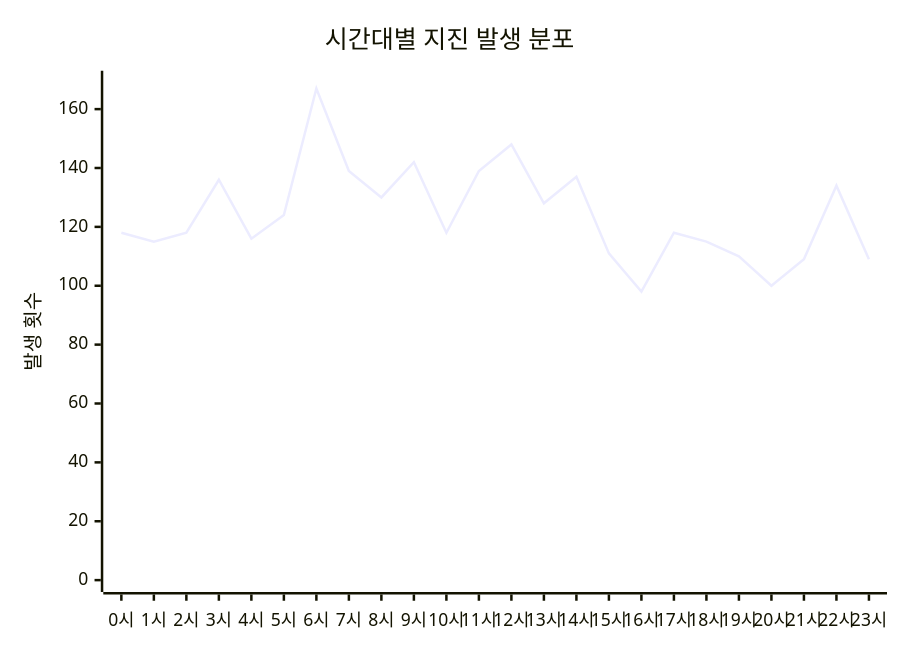
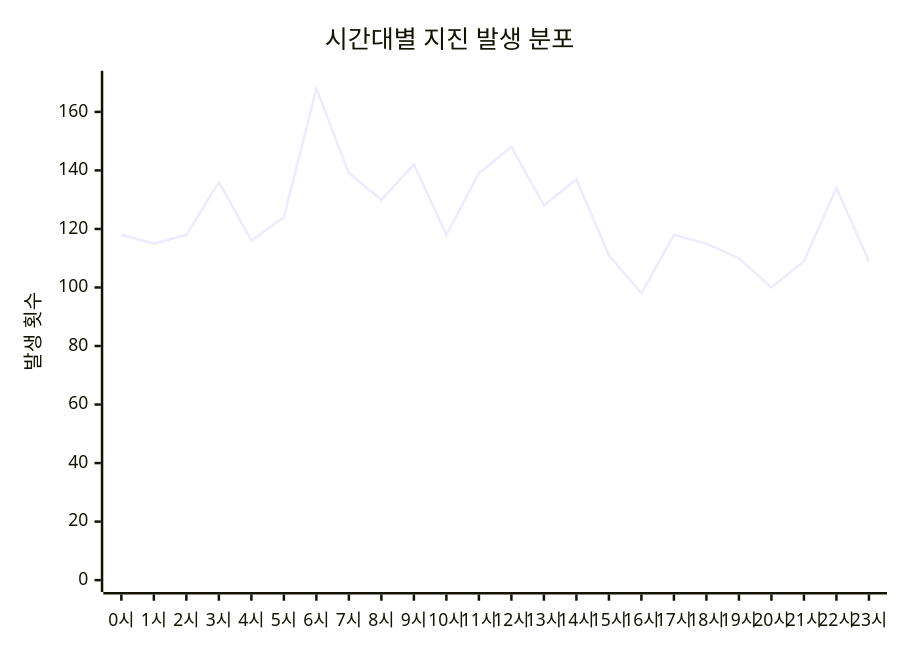
The diagram in charts/time-chart.md (serendip811/japan-eq), drawn with Mermaid before and after one commit. The commit also changed other lines of this file and 5 other files, not shown here.

Commit message:
Update earthquake data and charts Wed Nov 12 07:04:43 UTC 2025

````diff
--- a/charts/time-chart.md
+++ b/charts/time-chart.md
@@ -3,7 +3,7 @@
 ```mermaid
 xychart-beta
     title "시간대별 지진 발생 분포"
     x-axis ["0시", "1시", "2시", "3시", "4시", "5시", "6시", "7시", "8시", "9시", "10시", "11시", "12시", "13시", "14시", "15시", "16시", "17시", "18시", "19시", "20시", "21시", "22시", "23시"]
-    y-axis "발생 횟수" 0 --> 169
-    line [118, 115, 118, 136, 116, 124, 167, 139, 130, 142, 118, 139, 148, 128, 137, 111, 98, 118, 115, 110, 100, 109, 134, 109]
+    y-axis "발생 횟수" 0 --> 170
+    line [118, 115, 118, 136, 116, 124, 168, 139, 130, 142, 118, 139, 148, 128, 137, 111, 98, 118, 115, 110, 100, 109, 134, 109]
 ```
````
